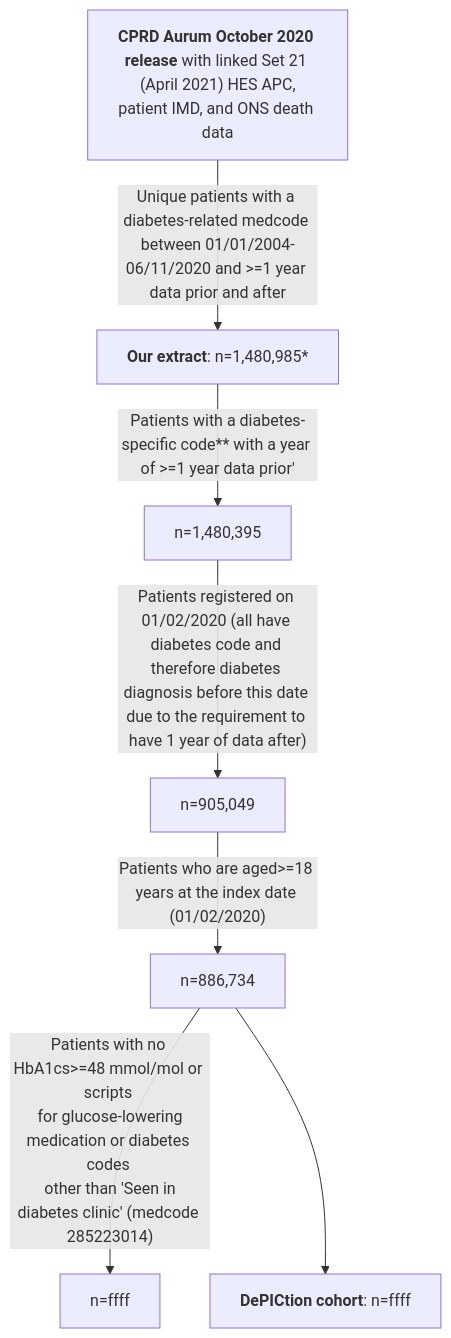
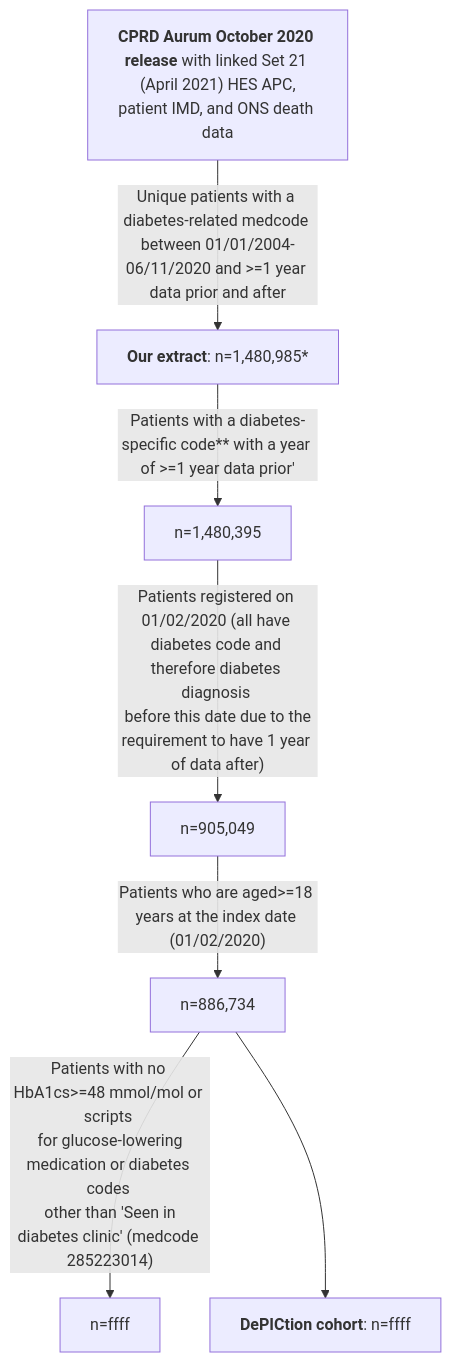
The diagram in README.md (Exeter-Diabetes/CPRD-Katie-DePICtion-Scripts), drawn with Mermaid before and after one commit.

````diff
--- a/README.md
+++ b/README.md
@@ -9,9 +9,9 @@
 ```mermaid
 graph TD;
     A["<b>CPRD Aurum October 2020 release</b> with linked Set 21 <br> (April 2021) HES APC, patient IMD, and ONS death data"] --> |"Unique patients with a diabetes-related medcode between 01/01/2004-06/11/2020 and >=1 year data prior and after"| B["<b>Our extract</b>: n=1,480,985*"]
     B -->|"Patients with a diabetes-specific code** with a year of >=1 year data prior'"|C["n=1,480,395"]
-    C -->|"Patients registered on 01/02/2020 (all have diabetes code and therefore diabetes diagnosis before this date due to the requirement to have 1 year of data after)"|D["n=905,049"]
+    C -->|"Patients registered on 01/02/2020 (all have diabetes code and therefore diabetes diagnosis <br> before this date due to the requirement to have 1 year of data after)"|D["n=905,049"]
     D -->|"Patients who are aged>=18 years at the index date (01/02/2020)"|E["n=886,734"]
     E -->|"Patients with no HbA1cs>=48 mmol/mol or scripts <br> for glucose-lowering medication or diabetes codes <br> other than 'Seen in diabetes clinic' (medcode 285223014)"|G["n=ffff"]
     E --> F["<b>DePICtion cohort</b>: n=ffff"]
 ```
````
